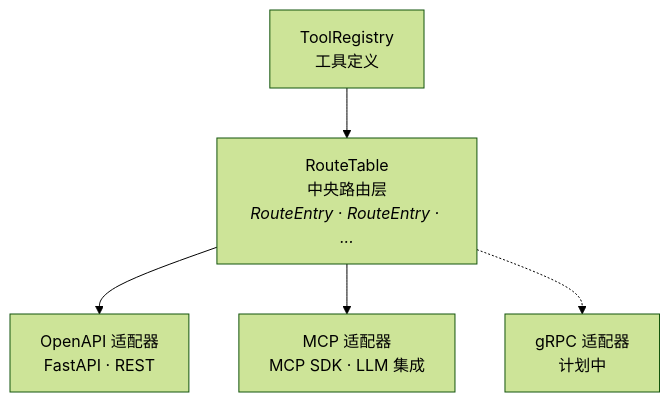
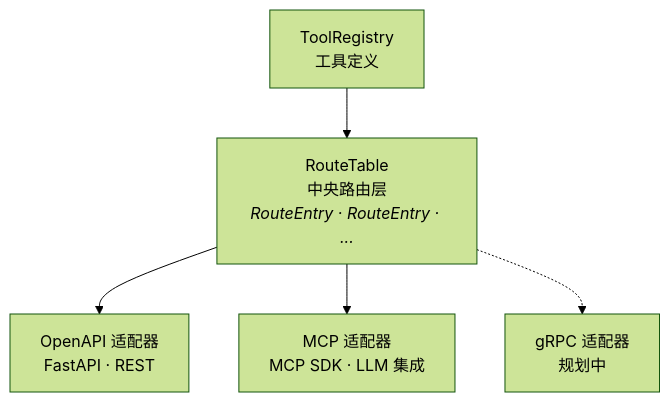
The diagram in docs/index.md (Oaklight/toolregistry-server), drawn with Mermaid (forest theme) before and after one commit. The commit also changed other lines of this file and 15 other files, not shown here.

````diff
--- a/docs/index.md
+++ b/docs/index.md
@@ -90,13 +74,13 @@
 ```mermaid
 graph TD
     TR[ToolRegistry<br/>工具定义]
     RT[RouteTable<br/>中央路由层<br/><i>RouteEntry · RouteEntry · ...</i>]
     OA[OpenAPI 适配器<br/>FastAPI · REST]
     MA[MCP 适配器<br/>MCP SDK · LLM 集成]
-    GA[gRPC 适配器<br/>计划中]
+    GA[gRPC 适配器<br/>规划中]
 
     TR --> RT
     RT --> OA
     RT --> MA
     RT -.-> GA
 ```
````
